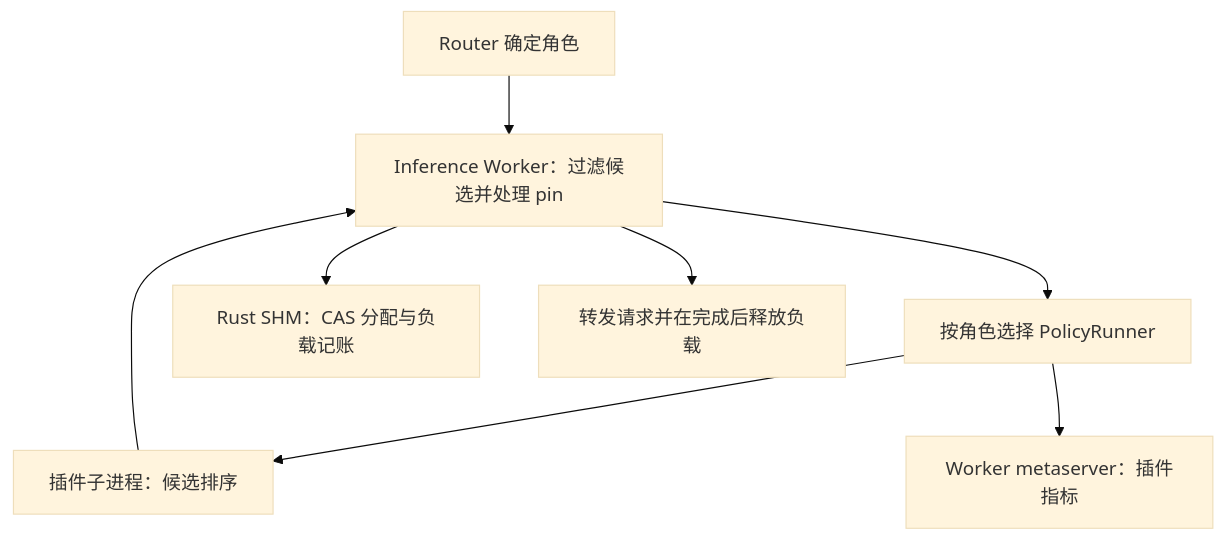
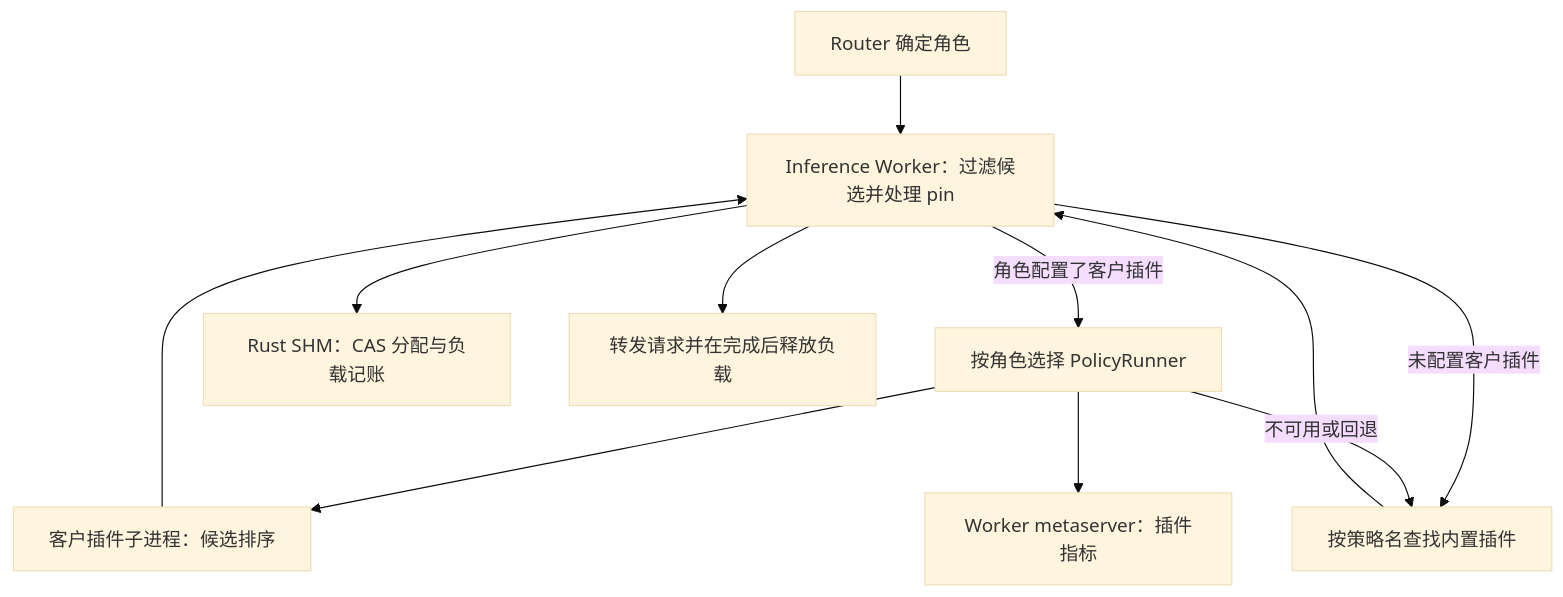
The first of 2 diagrams in docs/zh/design/scheduler_policy_plugin.md (Lyr-GW/MindIE-PyMotor), drawn with Mermaid (base theme) before and after one commit. The commit also changed other lines of this file and 8 other files, not shown here.

````diff
--- a/docs/zh/design/scheduler_policy_plugin.md
+++ b/docs/zh/design/scheduler_policy_plugin.md
@@ -21,10 +21,13 @@
 ```mermaid
 flowchart TD
     R[Router 确定角色] --> C[Inference Worker：过滤候选并处理 pin]
-    C --> P[按角色选择 PolicyRunner]
-    P --> S[插件子进程：候选排序]
+    C -->|角色配置了客户插件| P[按角色选择 PolicyRunner]
+    P --> S[客户插件子进程：候选排序]
+    C -->|未配置客户插件| B[按策略名查找内置插件]
+    P -->|不可用或回退| B
+    B --> C
     S --> C
     C --> M[Rust SHM：CAS 分配与负载记账]
     C --> E[转发请求并在完成后释放负载]
     P --> O[Worker metaserver：插件指标]
 ```
````
